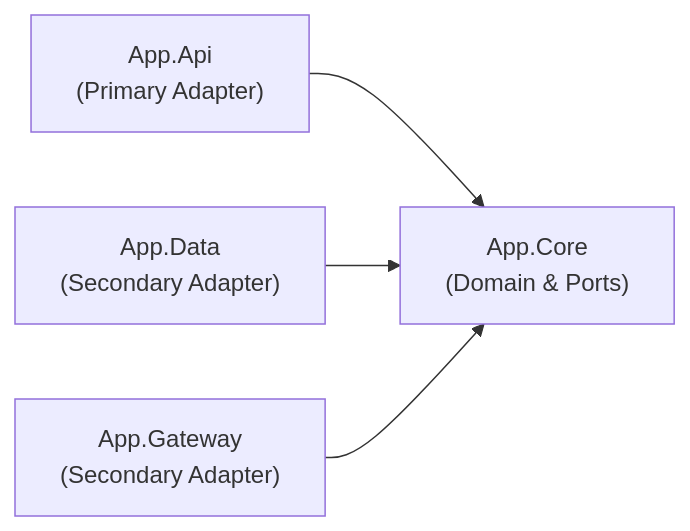
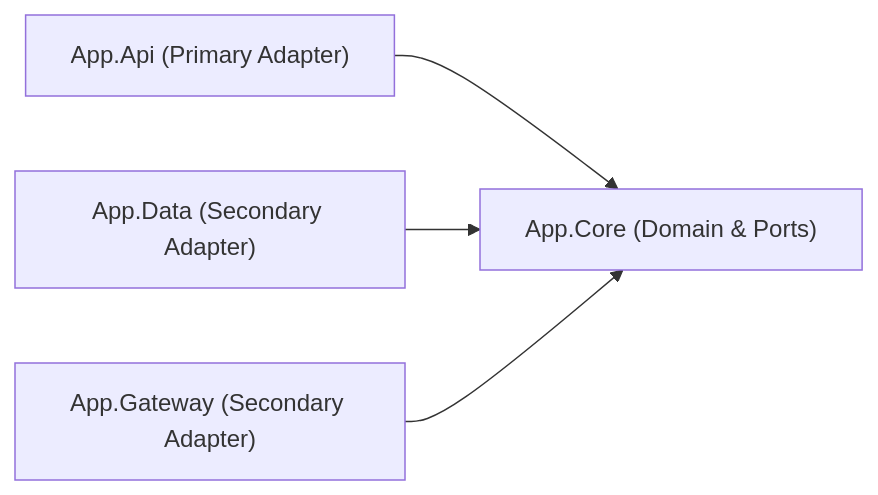
One commit to hieu-nv/hexagon-dotnet-app changed the diagram in docs/Mastering Hexagonal Architecture in .NET — A Practical Guide.md. Above: the diagram before and after it, drawn with Mermaid. The commit also changed other lines of this file and 1 other file, not shown here.

Commit message:
docs: update hexagonal architecture guide with modern diagram and asset

````diff
--- a/docs/Mastering Hexagonal Architecture in .NET — A Practical Guide.md
+++ b/docs/Mastering Hexagonal Architecture in .NET — A Practical Guide.md
@@ -21,11 +21,11 @@
 ```mermaid
 flowchart LR
-    Api["App.Api\n(Primary Adapter)"]
-    Core["App.Core\n(Domain & Ports)"]
-    Data["App.Data\n(Secondary Adapter)"]
-    Gateway["App.Gateway\n(Secondary Adapter)"]
+    Api["App.Api (Primary Adapter)"]
+    Core["App.Core (Domain & Ports)"]
+    Data["App.Data (Secondary Adapter)"]
+    Gateway["App.Gateway (Secondary Adapter)"]
 
     Api --> Core
     Data --> Core
     Gateway --> Core
 ```
````
